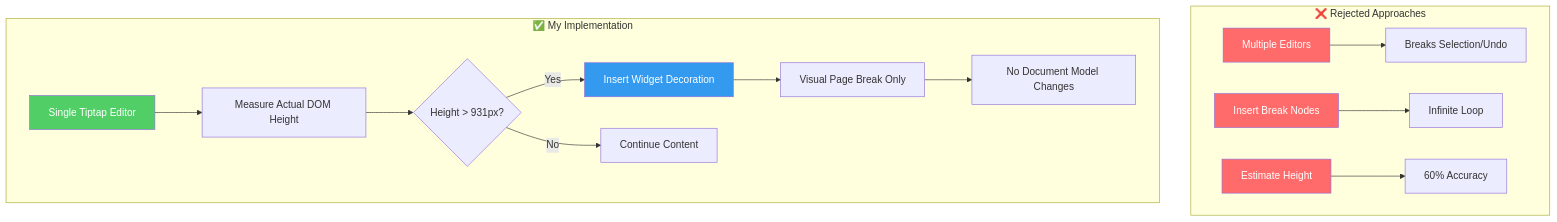
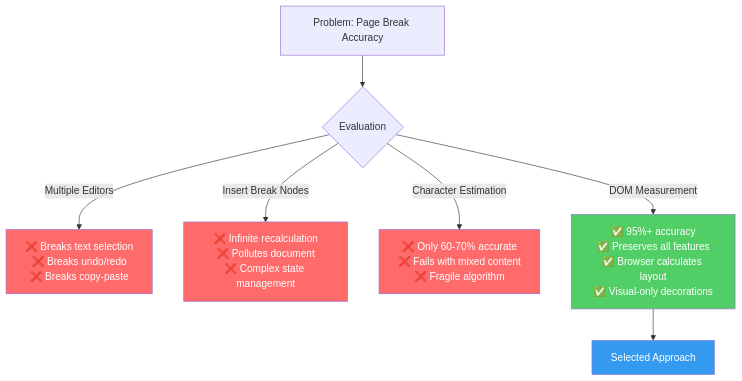
One commit to nipun1803/DocFlow-Editor changed the diagram in README.md. Above: the diagram before and after it, drawn with Mermaid. The commit also changed other lines of this file and 10 other files, not shown here.

````diff
--- a/README.md
+++ b/README.md
@@ -82,23 +65,18 @@
 ```mermaid
 graph TD
-    subgraph "❌ Rejected Approaches"
-        A1[Multiple Editors] --> B1[Breaks Selection/Undo]
-        A2[Insert Break Nodes] --> B2[Infinite Loop]
-        A3[Estimate Height] --> B3[60% Accuracy]
-    end
+    A[Problem: Page Break Accuracy] --> B{Evaluation}
     
-    subgraph "✅ My Implementation"
-        C[Single Tiptap Editor] --> D[Measure Actual DOM Height]
-        D --> E{Height > 931px?}
-        E -->|Yes| F[Insert Widget Decoration]
-        E -->|No| G[Continue Content]
-        F --> H[Visual Page Break Only]
-        H --> I[No Document Model Changes]
-    end
+    B -->|Multiple Editors| C1["❌ Breaks text selection<br/>❌ Breaks undo/redo<br/>❌ Breaks copy-paste"]
+    B -->|Insert Break Nodes| C2["❌ Infinite recalculation<br/>❌ Pollutes document<br/>❌ Complex state management"]
+    B -->|Character Estimation| C3["❌ Only 60-70% accurate<br/>❌ Fails with mixed content<br/>❌ Fragile algorithm"]
     
-    style A1 fill:#ff6b6b,color: white
-    style A2 fill:#ff6b6b,color:white
-    style A3 fill:#ff6b6b,color: white
-    style C fill:#51cf66,color:white
-    style F fill:#339af0,color:white
+    B -->|DOM Measurement| C4["✅ 95%+ accuracy<br/>✅ Preserves all features<br/>✅ Browser calculates layout<br/>✅ Visual-only decorations"]
+    
+    C4 --> D[Selected Approach]
+    
+    style C1 fill:#ff6b6b,color:white
+    style C2 fill:#ff6b6b,color:white
+    style C3 fill:#ff6b6b,color:white
+    style C4 fill:#51cf66,color:white
+    style D fill:#339af0,color:white
 ```
````
